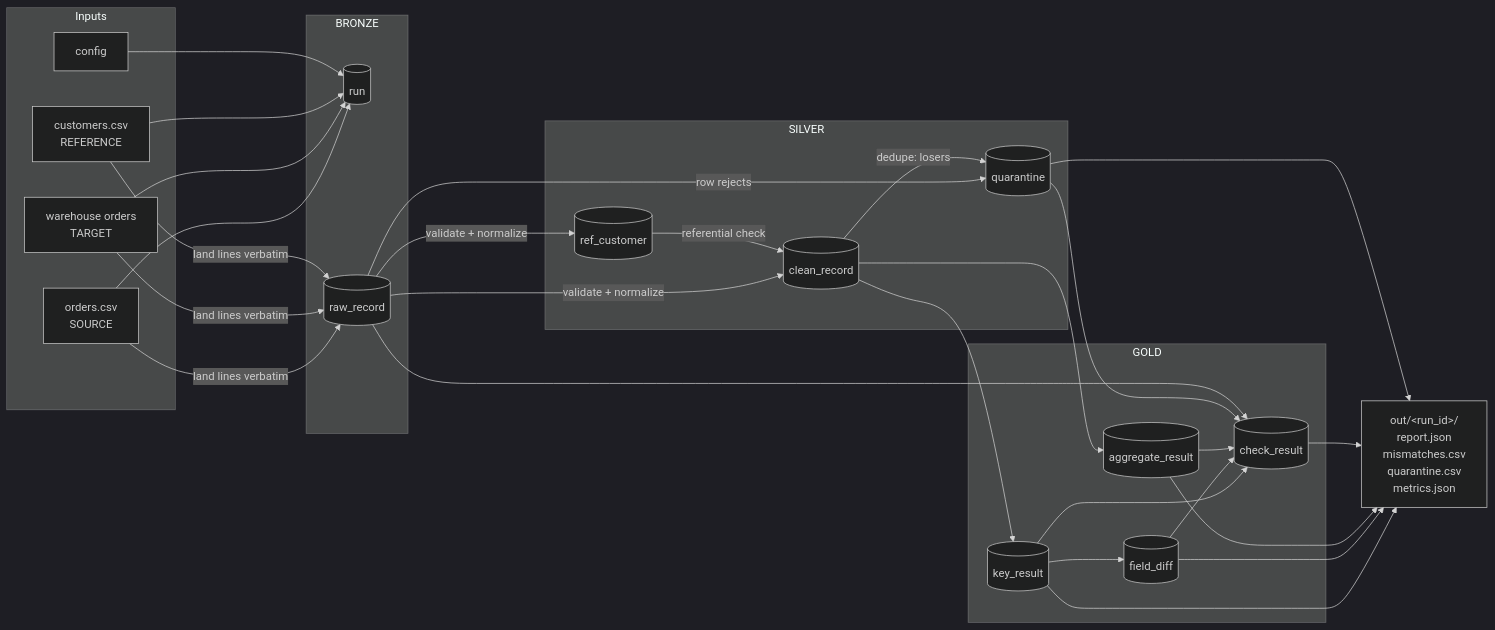
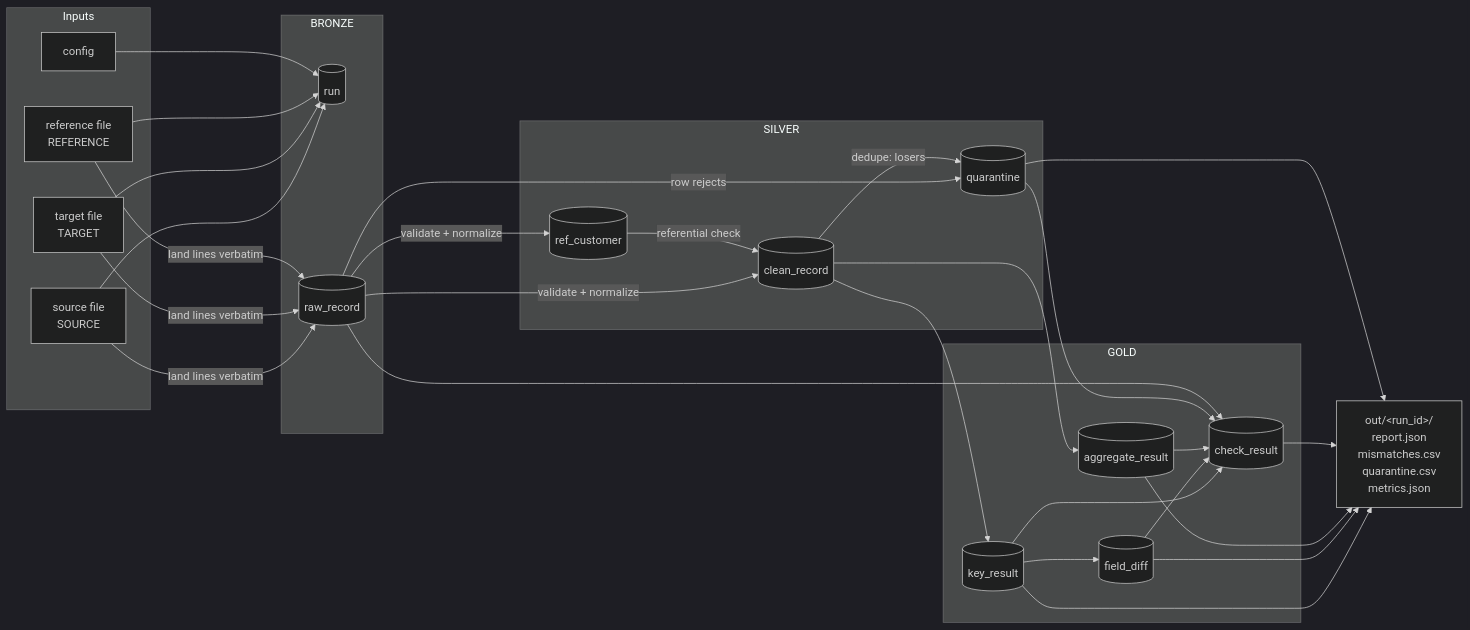
The first of 2 diagrams in docs/DESIGN.md (risri-odoo/recon-pipeline-dataEngineer-yotta), drawn with Mermaid (dark theme) before and after one commit. The commit also changed other lines of this file and 8 other files, not shown here.

````diff
--- a/docs/DESIGN.md
+++ b/docs/DESIGN.md
@@ -14,37 +14,37 @@
 ```mermaid
 flowchart LR
     subgraph IN[Inputs]
-        S[orders.csv<br/>SOURCE]
-        T[warehouse orders<br/>TARGET]
-        R[customers.csv<br/>REFERENCE]
+        S[source file<br/>SOURCE]
+        T[target file<br/>TARGET]
+        R[reference file<br/>REFERENCE]
         C[config]
     end
     subgraph B[BRONZE]
         RUN[(run)]
         RAW[(raw_record)]
     end
     subgraph SV[SILVER]
         CLEAN[(clean_record)]
         REF[(ref_customer)]
         Q[(quarantine)]
     end
     subgraph G[GOLD]
         KR[(key_result)]
         FD[(field_diff)]
         AR[(aggregate_result)]
         CR[(check_result)]
     end
     OUT[out/&lt;run_id&gt;/<br/>report.json<br/>mismatches.csv<br/>quarantine.csv<br/>metrics.json]
 
     S & T & R & C --> RUN
     S & T & R -->|land lines verbatim| RAW
     RAW -->|validate + normalize| CLEAN
     RAW -->|validate + normalize| REF
     RAW -->|row rejects| Q
     CLEAN -->|dedupe: losers| Q
     REF -->|referential check| CLEAN
     CLEAN --> KR --> FD
     CLEAN --> AR
     KR & FD & AR & Q & RAW --> CR
     KR & FD & AR & CR & Q --> OUT
 ```
````
